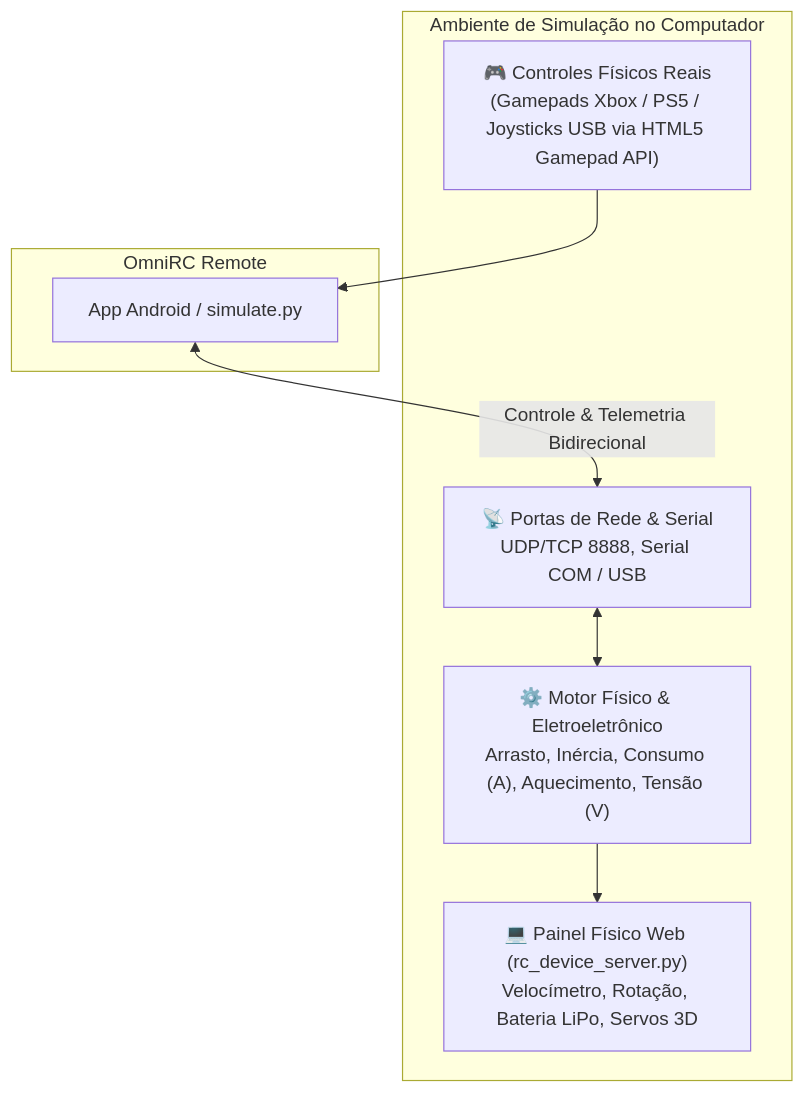
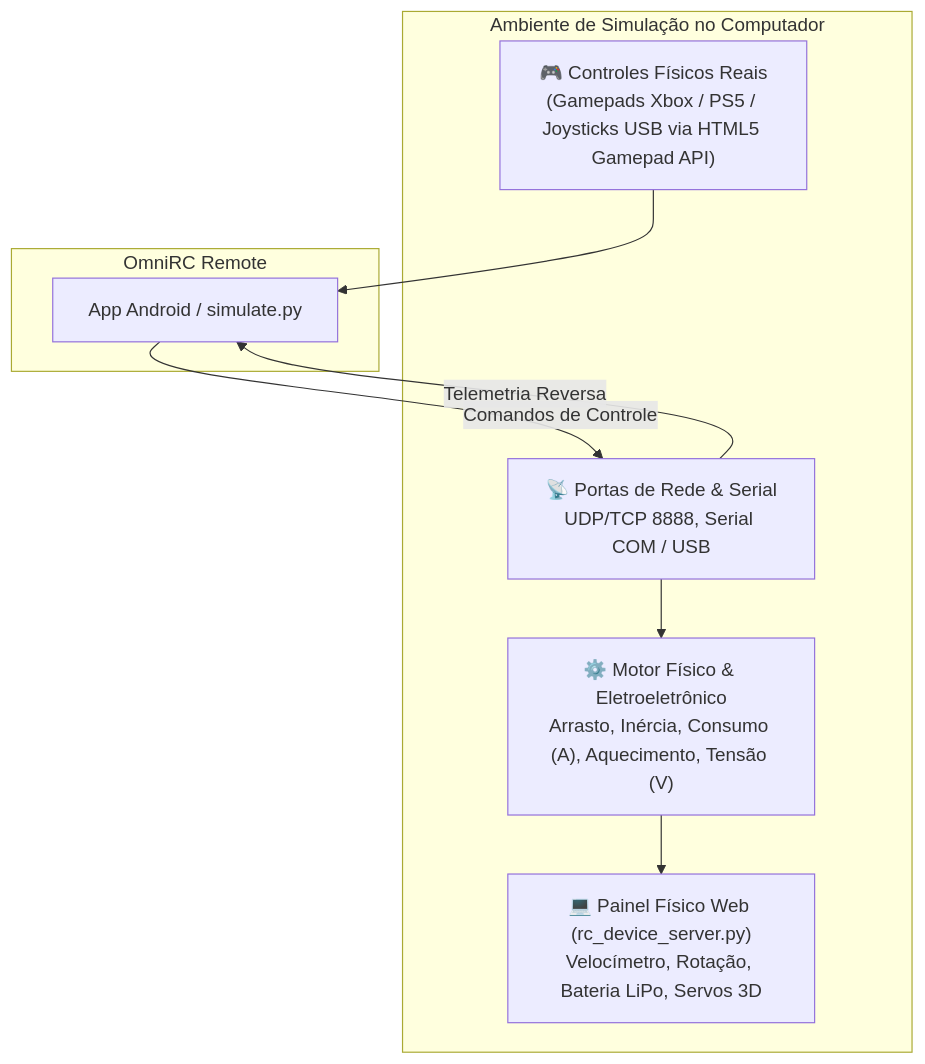
Before and after one commit to BryamSidoly/OmniRC: the eighth of 8 diagrams in README.md, drawn with Mermaid. The commit also changed other lines of this file, not shown here.

Commit message:
fix(docs): corrigir sintaxe dos diagramas Mermaid no README.md para renderizacao no GitHub

````diff
--- a/README.md
+++ b/README.md
@@ -501,18 +501,19 @@
 ```mermaid
 flowchart TD
     subgraph Host ["Ambiente de Simulação no Computador"]
         Gamepad["🎮 Controles Físicos Reais\n(Gamepads Xbox / PS5 / Joysticks USB via HTML5 Gamepad API)"]
         WebDash["💻 Painel Físico Web (rc_device_server.py)\nVelocímetro, Rotação, Bateria LiPo, Servos 3D"]
         Physics["⚙️ Motor Físico & Eletroeletrônico\nArrasto, Inércia, Consumo (A), Aquecimento, Tensão (V)"]
         NetSim["📡 Portas de Rede & Serial\nUDP/TCP 8888, Serial COM / USB"]
     end
     
     subgraph Client ["OmniRC Remote"]
         App["App Android / simulate.py"]
     end
     
     Gamepad --> App
-    App <-->|"Controle & Telemetria Bidirecional"| NetSim
-    NetSim <--> Physics
+    App -->|"Comandos de Controle"| NetSim
+    NetSim -->|"Telemetria Reversa"| App
+    NetSim --> Physics
     Physics --> WebDash
 ```
````
